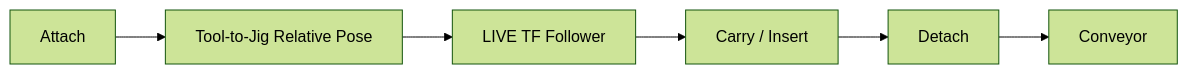
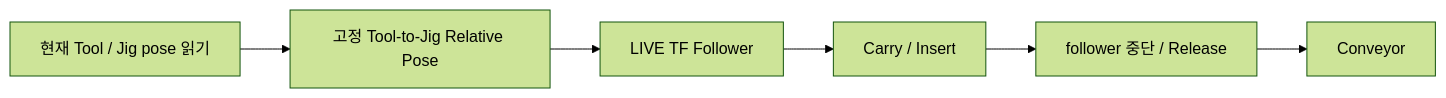
One commit to seongyeop-dev/fr5-unity-digital-twin changed the third of 3 diagrams in docs/08_ros2_gazebo_moveit.md. Above: the diagram before and after it, drawn with Mermaid (forest theme). The commit also changed other lines of this file and 49 other files, not shown here.

````diff
--- a/docs/08_ros2_gazebo_moveit.md
+++ b/docs/08_ros2_gazebo_moveit.md
@@ -84,8 +84,8 @@
 ```mermaid
 flowchart LR
-    AT["Attach"] --> REL["Tool-to-Jig Relative Pose"]
+    AT["현재 Tool / Jig pose 읽기"] --> REL["고정 Tool-to-Jig Relative Pose"]
     REL --> TF["LIVE TF Follower"]
     TF --> CAR["Carry / Insert"]
-    CAR --> DET["Detach"]
+    CAR --> DET["follower 중단 / Release"]
     DET --> CONV["Conveyor"]
 ```
````
